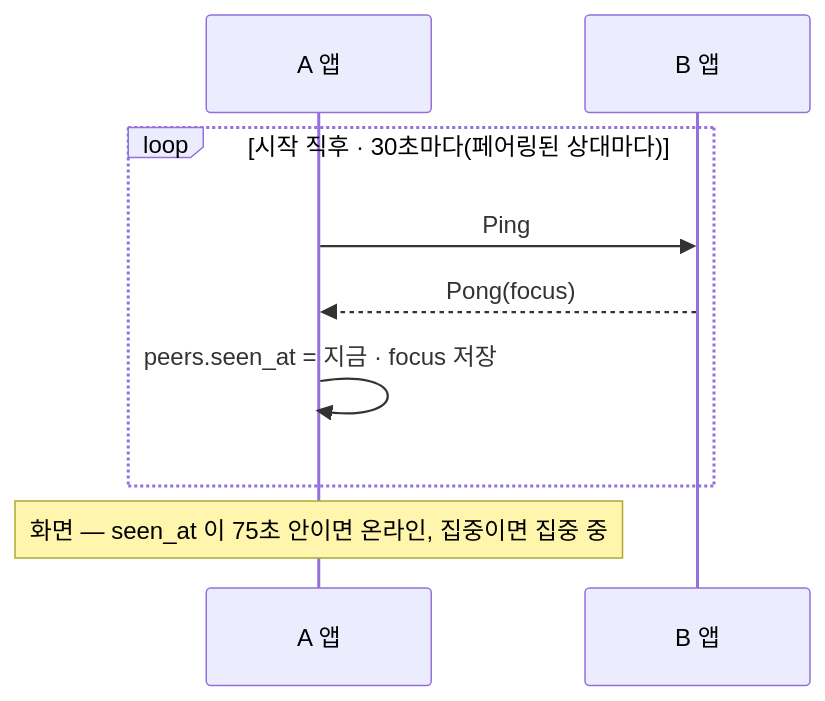
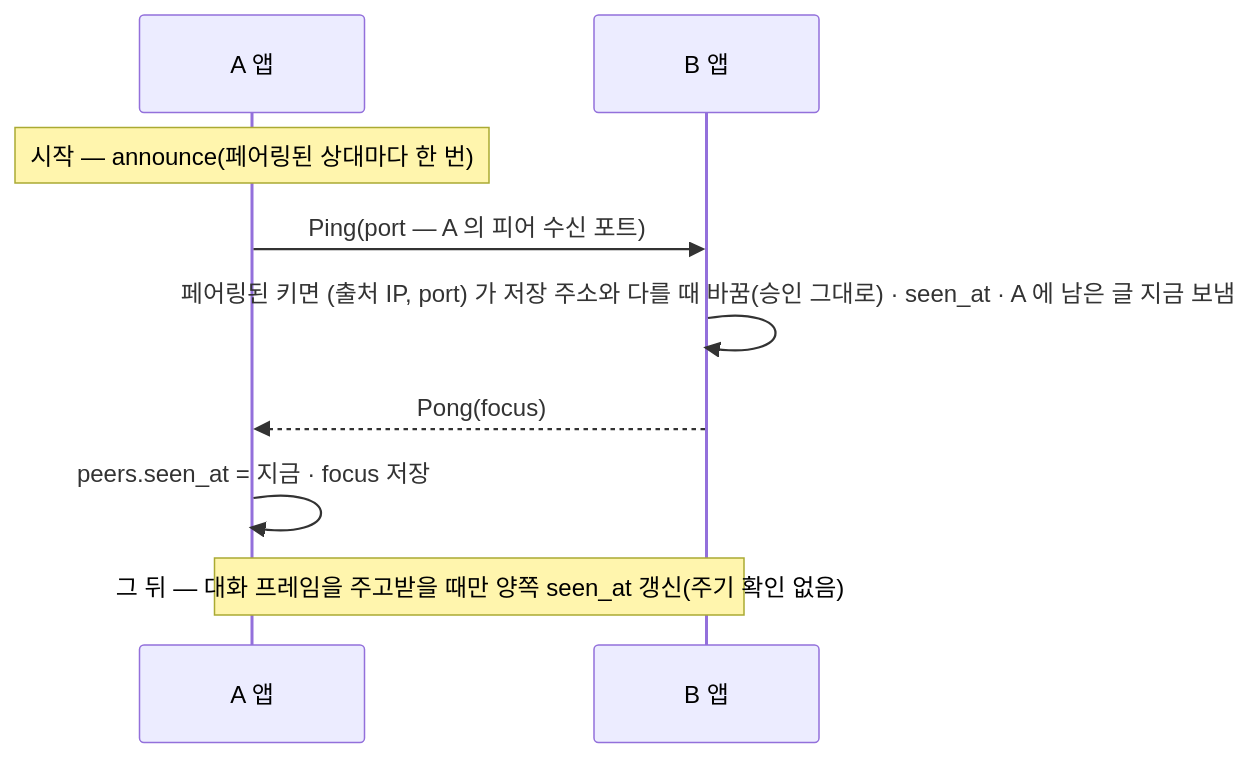
Before and after one commit to Softcamp-SaaS-RND/coworkAgent: the ninth of 9 diagrams in docs/manual/dev/developer-guide.md, drawn with Mermaid. The commit also changed other lines of this file and 108 other files, not shown here.

````diff
--- a/docs/manual/dev/developer-guide.md
+++ b/docs/manual/dev/developer-guide.md
@@ -433,11 +571,11 @@
 ```mermaid
 sequenceDiagram
   participant A as A 앱
   participant B as B 앱
-  loop 시작 직후 · 30초마다(페어링된 상대마다)
-    A->>B: Ping
-    B-->>A: Pong(focus)
-    A->>A: peers.seen_at = 지금 · focus 저장
-  end
-  Note over A: 화면 — seen_at 이 75초 안이면 온라인, 집중이면 집중 중
+  Note over A: 시작 — announce(페어링된 상대마다 한 번)
+  A->>B: Ping(port — A 의 피어 수신 포트)
+  B->>B: 페어링된 키면 (출처 IP, port) 가 저장 주소와 다를 때 바꿈(승인 그대로) · seen_at · A 에 남은 글 지금 보냄
+  B-->>A: Pong(focus)
+  A->>A: peers.seen_at = 지금 · focus 저장
+  Note over A,B: 그 뒤 — 대화 프레임을 주고받을 때만 양쪽 seen_at 갱신(주기 확인 없음)
 ```
````
